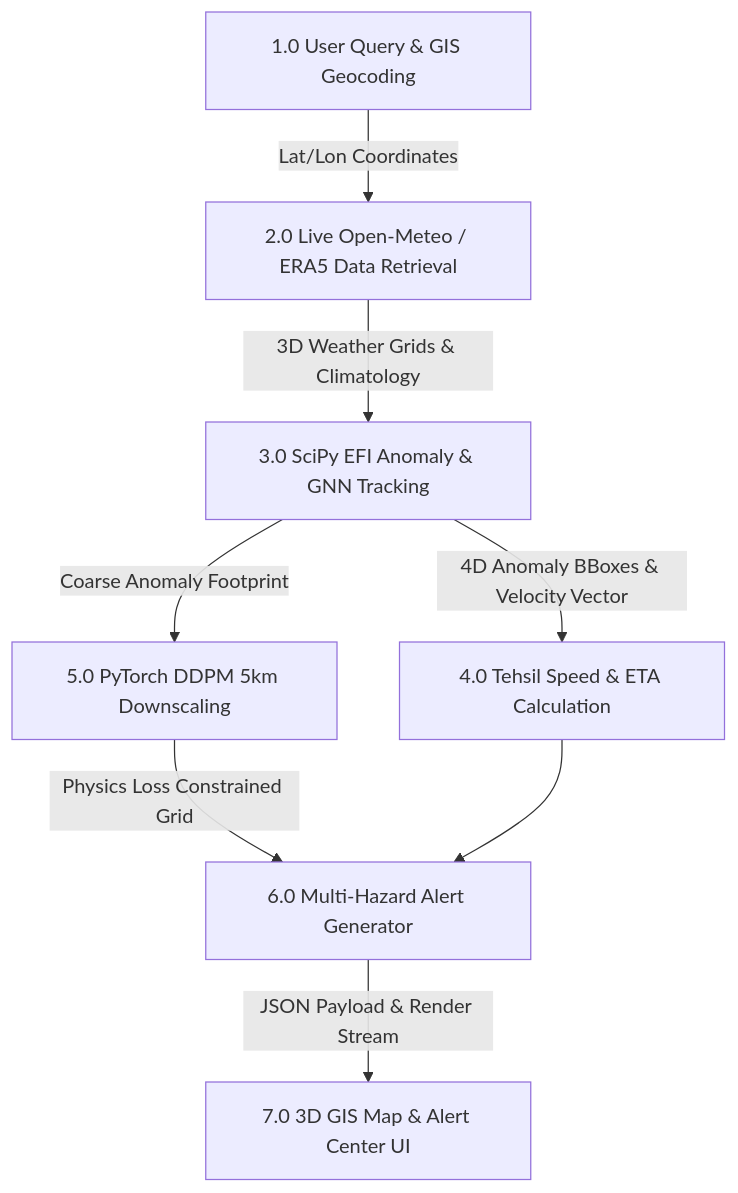
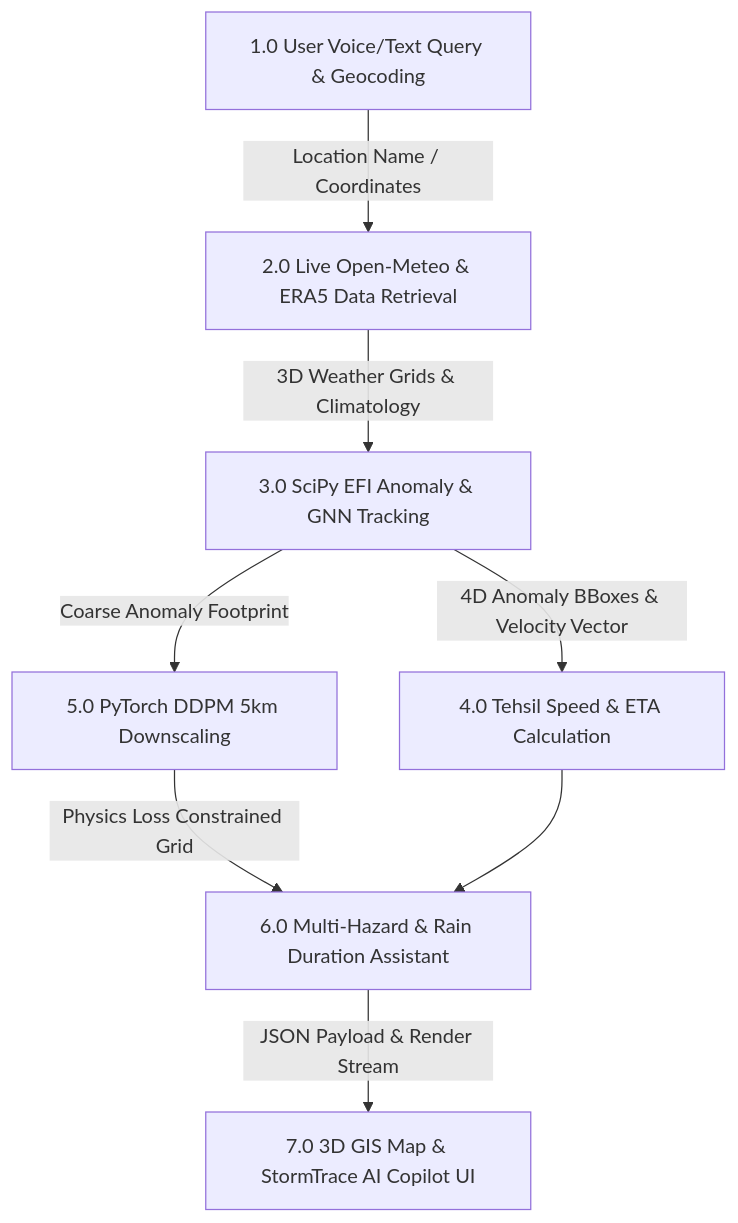
The third of 3 diagrams in README.md (Alokzhan/wheatherSIH), drawn with Mermaid before and after one commit. The commit also changed other lines of this file, not shown here.

Commit message:
docs: update README with live deployment link, AI Copilot Chatbot details, real ERA5 model metrics, and system architecture

````diff
--- a/README.md
+++ b/README.md
@@ -166,10 +180,10 @@
 ```mermaid
 graph TD
-    P1["1.0 User Query & GIS Geocoding"] -->|Lat/Lon Coordinates| P2["2.0 Live Open-Meteo / ERA5 Data Retrieval"]
+    P1["1.0 User Voice/Text Query & Geocoding"] -->|Location Name / Coordinates| P2["2.0 Live Open-Meteo & ERA5 Data Retrieval"]
     P2 -->|3D Weather Grids & Climatology| P3["3.0 SciPy EFI Anomaly & GNN Tracking"]
     P3 -->|4D Anomaly BBoxes & Velocity Vector| P4["4.0 Tehsil Speed & ETA Calculation"]
     P3 -->|Coarse Anomaly Footprint| P5["5.0 PyTorch DDPM 5km Downscaling"]
-    P5 -->|Physics Loss Constrained Grid| P6["6.0 Multi-Hazard Alert Generator"]
+    P5 -->|Physics Loss Constrained Grid| P6["6.0 Multi-Hazard & Rain Duration Assistant"]
     P4 --> P6
-    P6 -->|JSON Payload & Render Stream| P7["7.0 3D GIS Map & Alert Center UI"]
+    P6 -->|JSON Payload & Render Stream| P7["7.0 3D GIS Map & StormTrace AI Copilot UI"]
 ```
````
